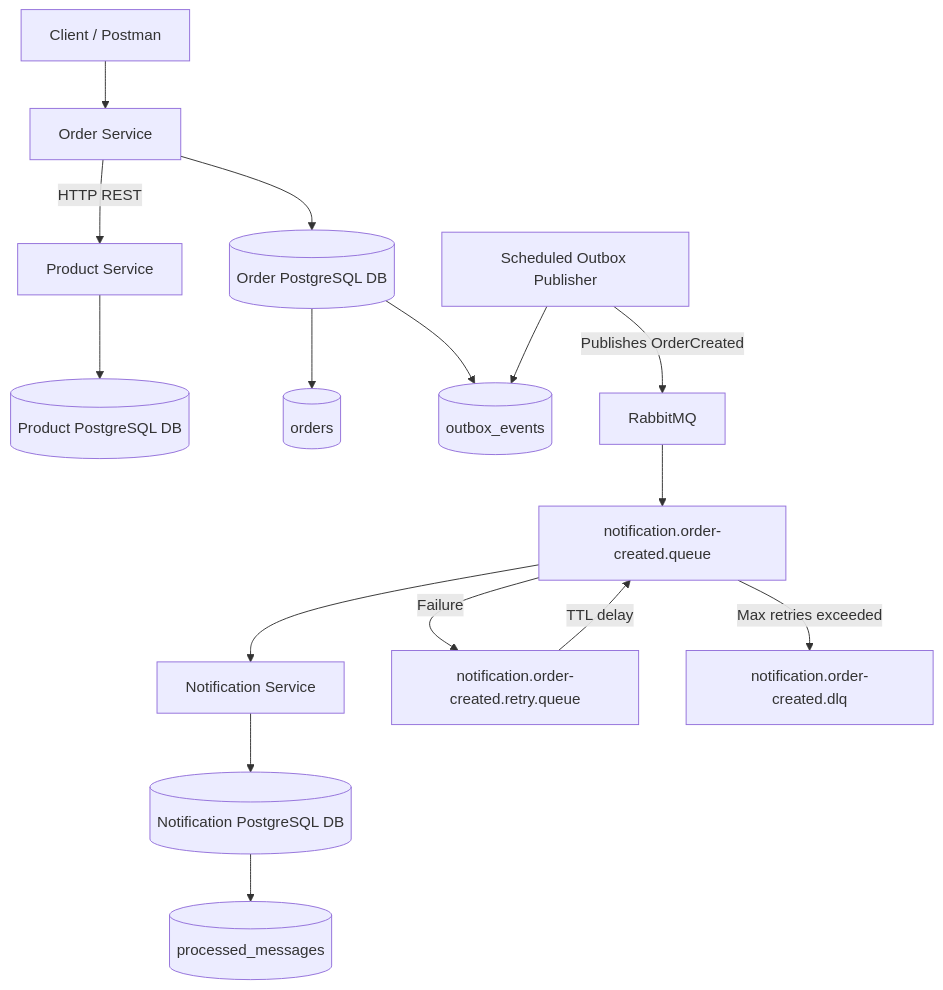
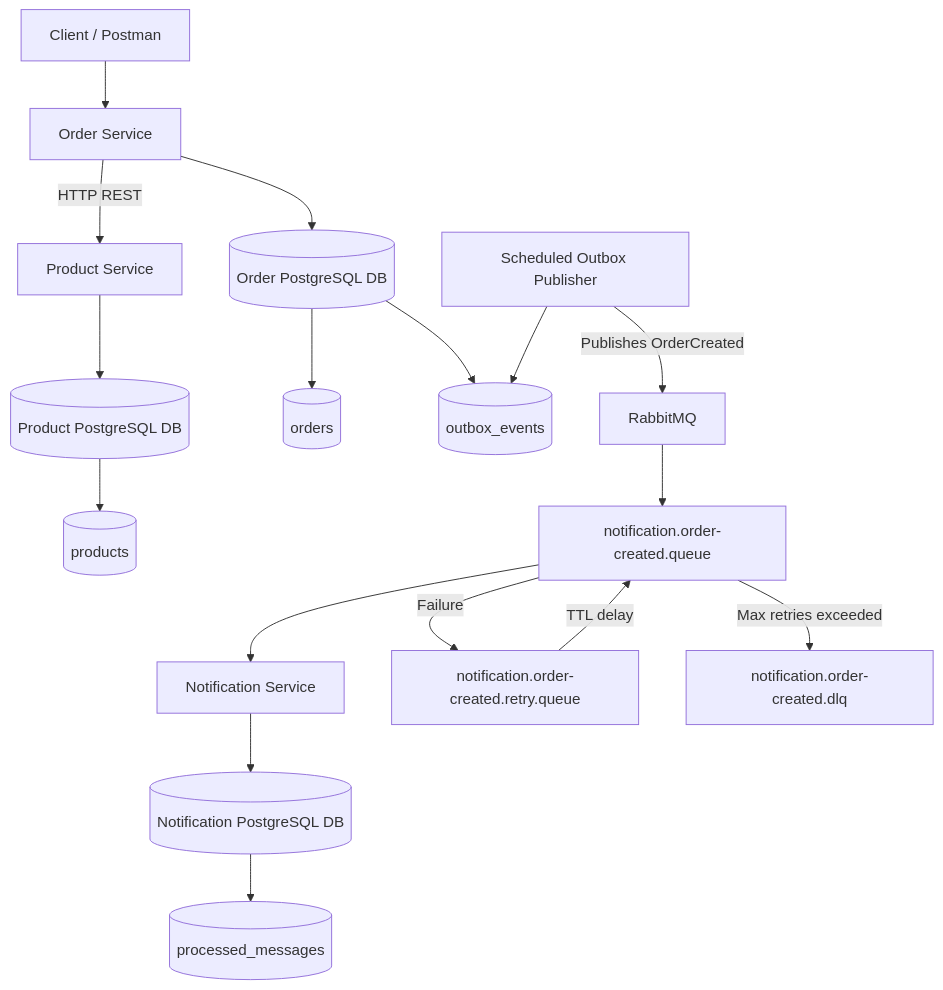
Before and after one commit to ssalidm/distributed-store: the diagram in README.md, drawn with Mermaid. The commit also changed 2 other files, not shown here.

Commit message:
update Notification Service Dockerfile

````diff
--- a/README.md
+++ b/README.md
@@ -37,25 +37,26 @@
 ```mermaid
 flowchart TD
     Client[Client / Postman] --> OrderService[Order Service]
 
     OrderService -->|HTTP REST| ProductService[Product Service]
     ProductService --> ProductDB[(Product PostgreSQL DB)]
+    ProductDB --> ProductsTable[(products)]
 
     OrderService --> OrderDB[(Order PostgreSQL DB)]
     OrderDB --> OrdersTable[(orders)]
     OrderDB --> OutboxTable[(outbox_events)]
 
     OutboxPublisher[Scheduled Outbox Publisher] --> OutboxTable
     OutboxPublisher -->|Publishes OrderCreated| RabbitMQ[RabbitMQ]
 
     RabbitMQ --> MainQueue[notification.order-created.queue]
     MainQueue --> NotificationService[Notification Service]
 
     MainQueue -->|Failure| RetryQueue[notification.order-created.retry.queue]
     RetryQueue -->|TTL delay| MainQueue
 
     MainQueue -->|Max retries exceeded| DLQ[notification.order-created.dlq]
 
     NotificationService --> NotificationDB[(Notification PostgreSQL DB)]
     NotificationDB --> ProcessedMessages[(processed_messages)]
 ```
````
